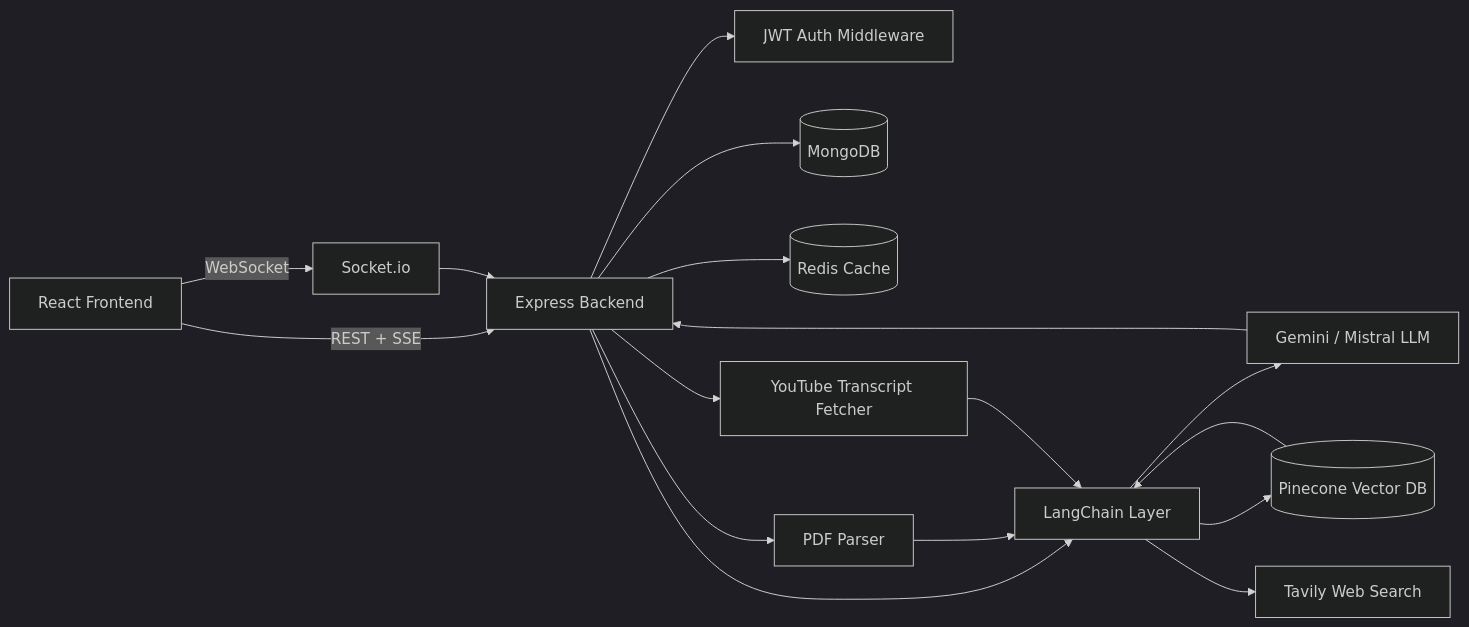
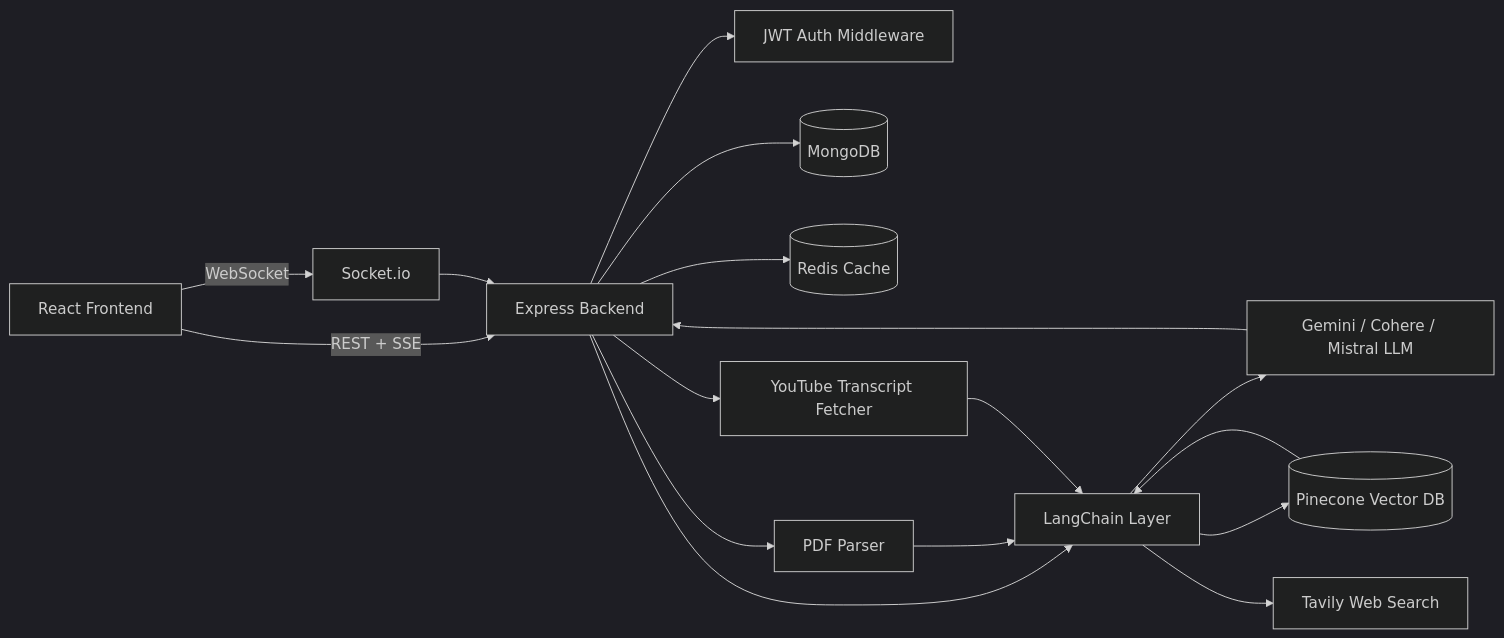
Before and after one commit to hari5827/AskQuery-Genai: the first of 4 diagrams in README.md, drawn with Mermaid (dark theme). The commit also changed other lines of this file, not shown here.

First line of the commit message:
Add Cohere model option and update usage details

````diff
--- a/README.md
+++ b/README.md
@@ -101,19 +104,19 @@
 ```mermaid
 flowchart LR
     A[React Frontend] -->|REST + SSE| B[Express Backend]
     A -->|WebSocket| S[Socket.io]
     B --> C[JWT Auth Middleware]
     B --> D[(MongoDB)]
     B --> R[(Redis Cache)]
     B --> E[LangChain Layer]
-    E --> F[Gemini / Mistral LLM]
+    E --> F[Gemini / Cohere / Mistral LLM]
     E --> G[(Pinecone Vector DB)]
     E --> H[Tavily Web Search]
     B --> I[PDF Parser]
     B --> Y[YouTube Transcript Fetcher]
     I --> E
     Y --> E
     G --> E
     F --> B
     S --> B
 ```
````
